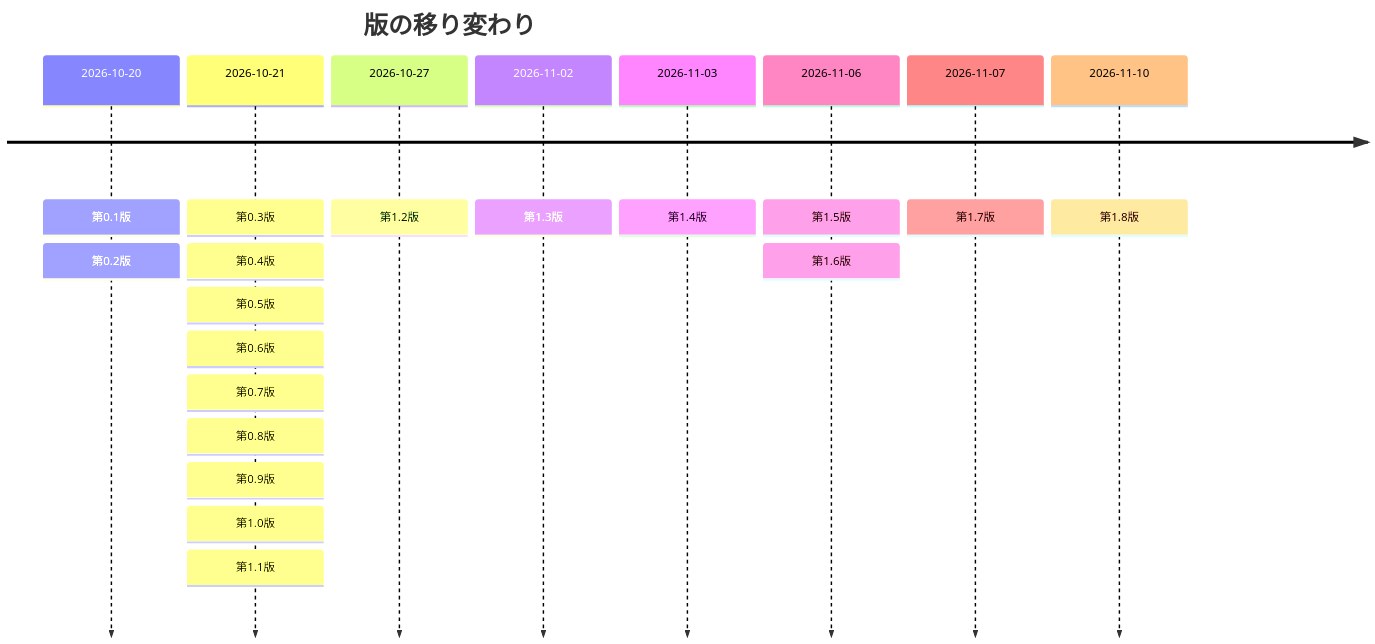
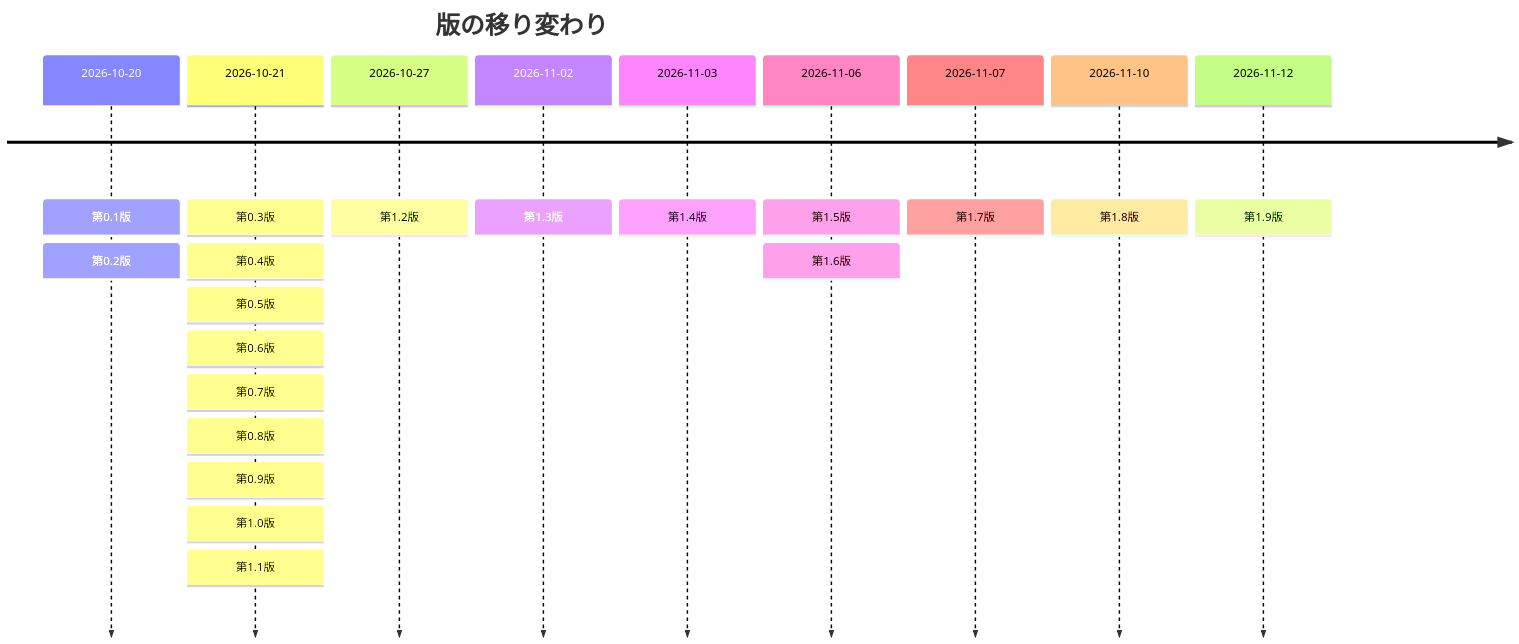
One commit to pocarialice/rpglearning changed diagram 14 of 14 in documents/詳細設計書_RPG学習アプリ.md. Above: the diagram before and after it, drawn with Mermaid. The commit also changed other lines of this file and 11 other files, not shown here.

````diff
--- a/documents/詳細設計書_RPG学習アプリ.md
+++ b/documents/詳細設計書_RPG学習アプリ.md
@@ -2531,12 +2531,13 @@
 ```mermaid
 timeline
   title 版の移り変わり
   2026-10-20 : 第0.1版 : 第0.2版
   2026-10-21 : 第0.3版 : 第0.4版 : 第0.5版 : 第0.6版 : 第0.7版 : 第0.8版 : 第0.9版 : 第1.0版 : 第1.1版
   2026-10-27 : 第1.2版
   2026-11-02 : 第1.3版
   2026-11-03 : 第1.4版
   2026-11-06 : 第1.5版 : 第1.6版
   2026-11-07 : 第1.7版
   2026-11-10 : 第1.8版
+  2026-11-12 : 第1.9版
 ```
````
